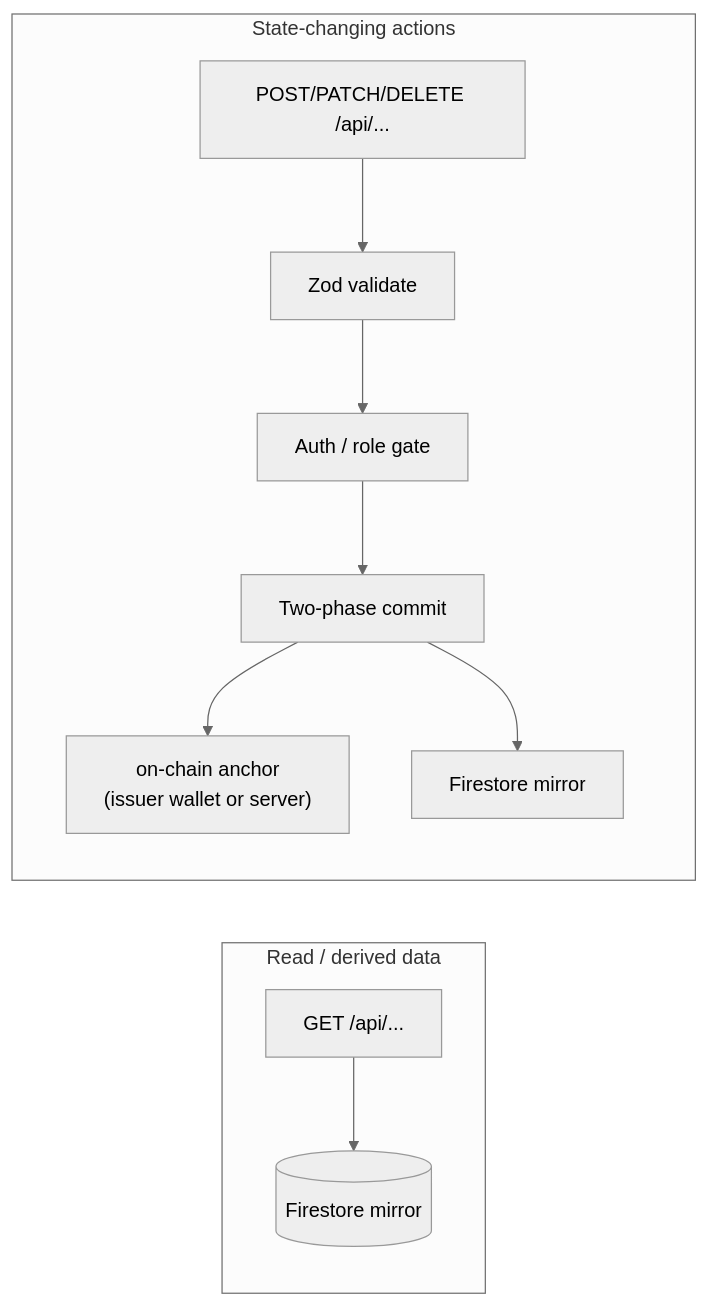
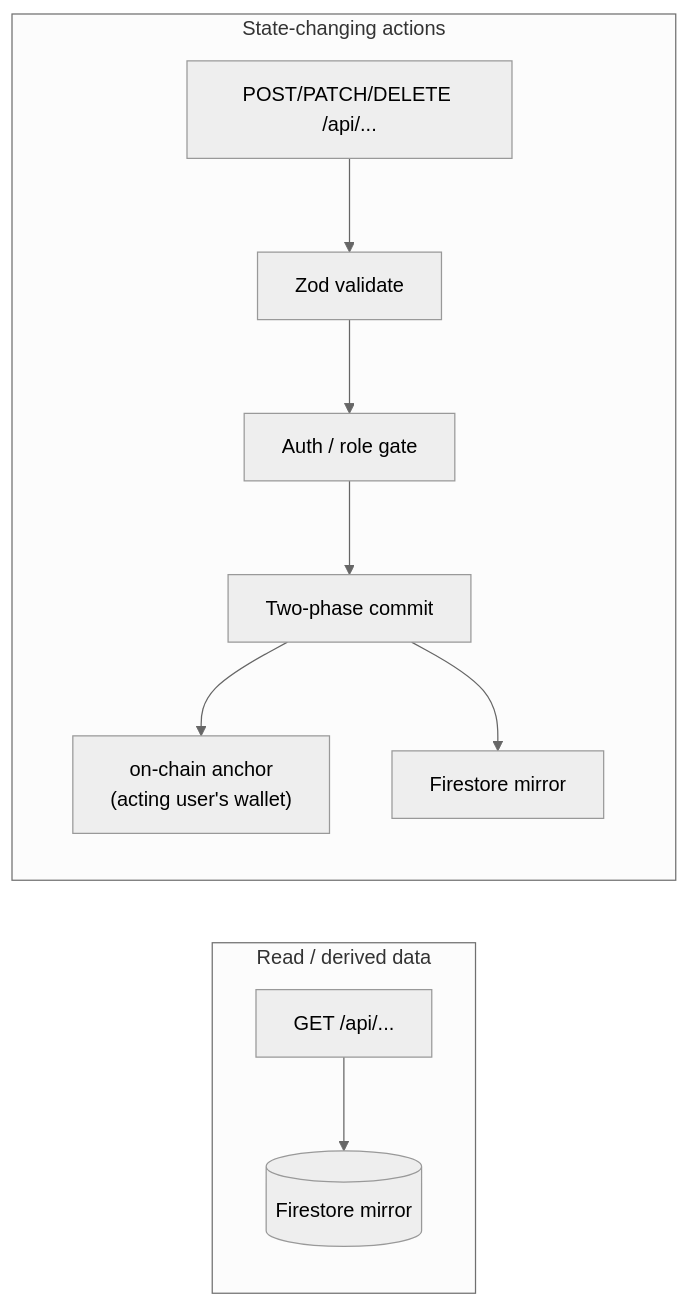
Before and after one commit to nishant-uxs/krydo-stellar: the second of 26 diagrams in DOCUMENTATION.md, drawn with Mermaid (neutral theme). The commit also changed other lines of this file and 2 other files, not shown here.

Commit message:
Align README and docs with wallet-signed Soroban flows.

````diff
--- a/DOCUMENTATION.md
+++ b/DOCUMENTATION.md
@@ -95,11 +95,11 @@
 ```mermaid
 flowchart LR
     subgraph Classical["Read / derived data"]
         R["GET /api/..."] --> DB[("Firestore mirror")]
     end
     subgraph StateChange["State-changing actions"]
         W["POST/PATCH/DELETE /api/..."] --> Z["Zod validate"] --> A["Auth / role gate"] --> T["Two-phase commit"]
-        T --> ANC["on-chain anchor<br/>(issuer wallet or server)"]
+        T --> ANC["on-chain anchor<br/>(acting user's wallet)"]
         T --> PST["Firestore mirror"]
     end
 ```
````
